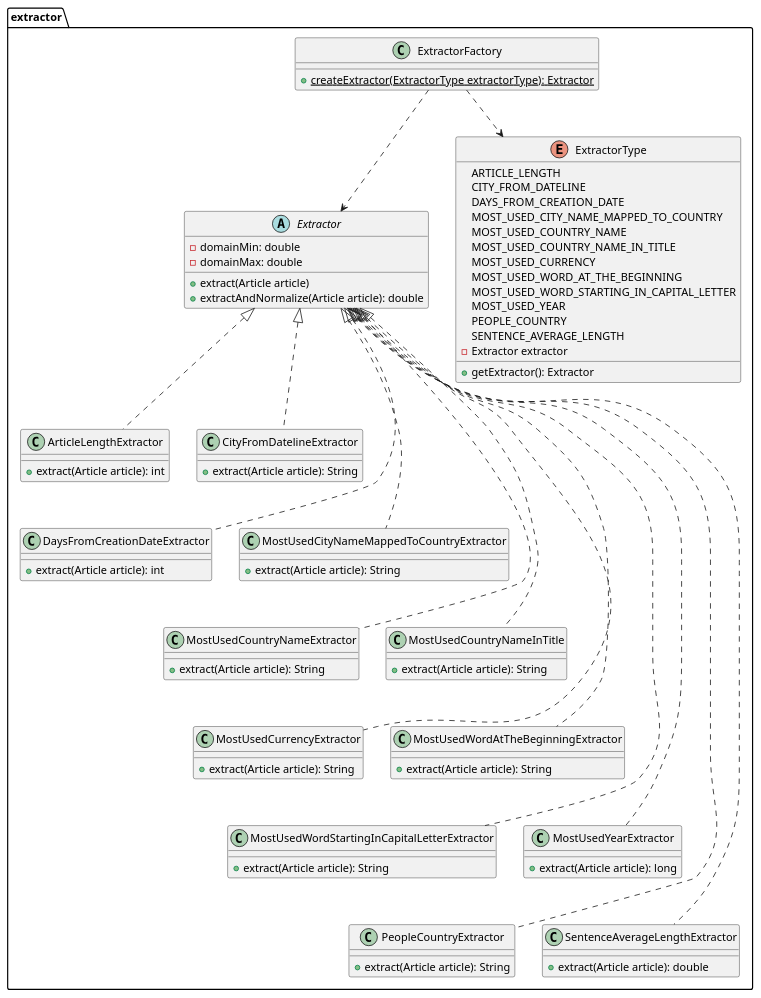
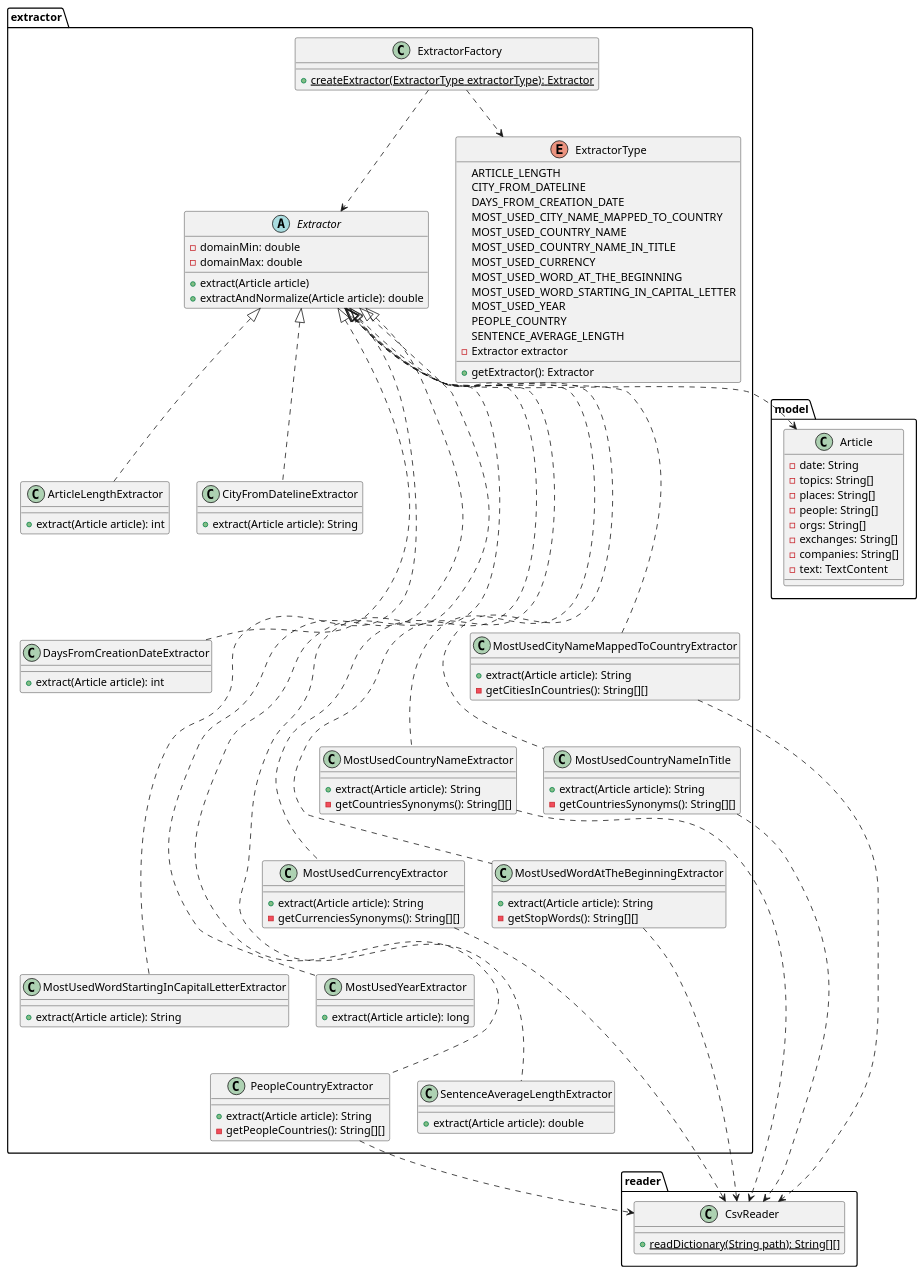
One commit to kambed/Computer-Recognition-Systems changed the fourth of 10 diagrams in README.md. Above: the diagram before and after it, drawn with PlantUML. The commit also changed other lines of this file, not shown here.

````diff
--- a/README.md
+++ b/README.md
@@ -137,4 +136,16 @@
 ```plantuml
+package model {
+    class Article {
+        - date: String
+        - topics: String[]
+        - places: String[]
+        - people: String[]
+        - orgs: String[]
+        - exchanges: String[]
+        - companies: String[]
+        - text: TextContent
+    }
+}
 package extractor {
     abstract class Extractor {
         - domainMin: double
@@ -153,18 +164,23 @@
     }
     class MostUsedCityNameMappedToCountryExtractor {
         + extract(Article article): String
+        - getCitiesInCountries(): String[][]
     }
     class MostUsedCountryNameExtractor {
         + extract(Article article): String
+        - getCountriesSynonyms(): String[][]
     }
     class MostUsedCountryNameInTitle {
         + extract(Article article): String
+        - getCountriesSynonyms(): String[][]
     }
     class MostUsedCurrencyExtractor {
         + extract(Article article): String
+        - getCurrenciesSynonyms(): String[][]
     }
     class MostUsedWordAtTheBeginningExtractor {
         + extract(Article article): String
+        - getStopWords(): String[][]
     }
     class MostUsedWordStartingInCapitalLetterExtractor {
         + extract(Article article): String
@@ -174,6 +190,7 @@
     }
     class PeopleCountryExtractor {
         + extract(Article article): String
+        - getPeopleCountries(): String[][]
     }
     class SentenceAverageLengthExtractor {
         + extract(Article article): double
@@ -214,4 +231,17 @@
     ExtractorFactory ..> Extractor
     ExtractorFactory ..> ExtractorType
 }
+package reader {
+    class CsvReader {
+        + {static} readDictionary(String path): String[][]
+    }
+}
+Extractor ..> Article
+
+MostUsedCityNameMappedToCountryExtractor ..> CsvReader
+MostUsedCountryNameExtractor ..> CsvReader
+MostUsedCountryNameInTitle ..> CsvReader
+MostUsedCurrencyExtractor ..> CsvReader
+MostUsedWordAtTheBeginningExtractor ..> CsvReader
+PeopleCountryExtractor ..> CsvReader
 ```
````
